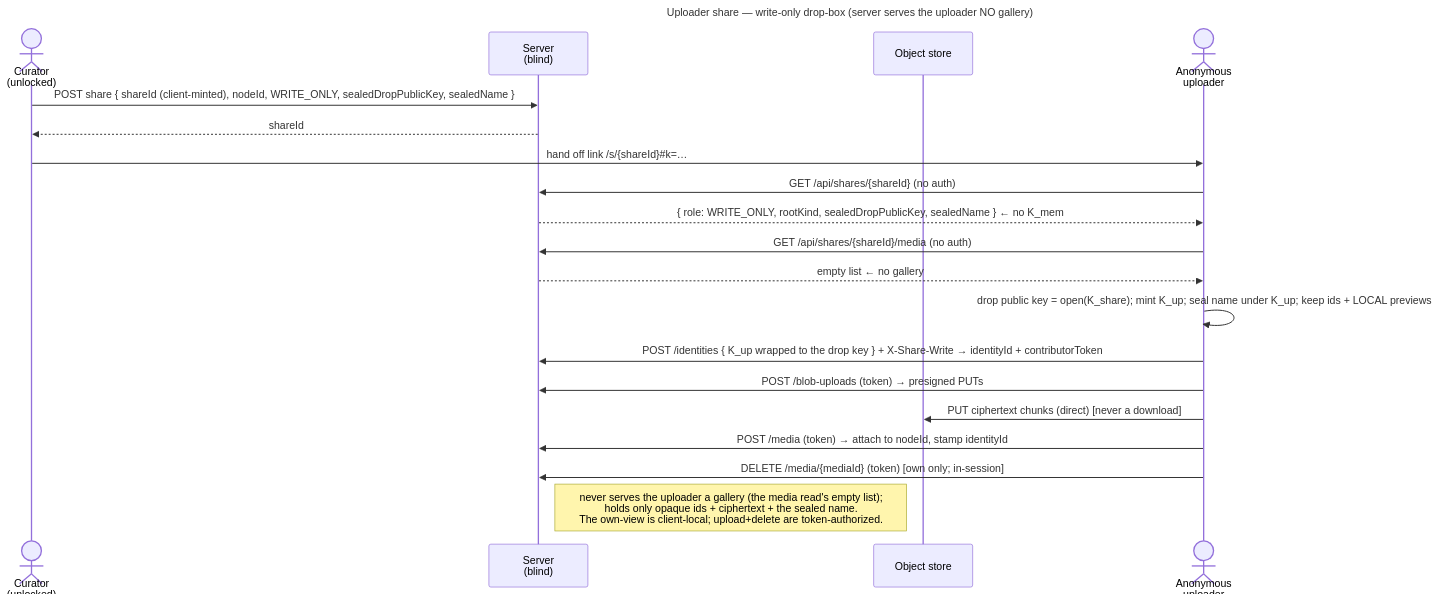
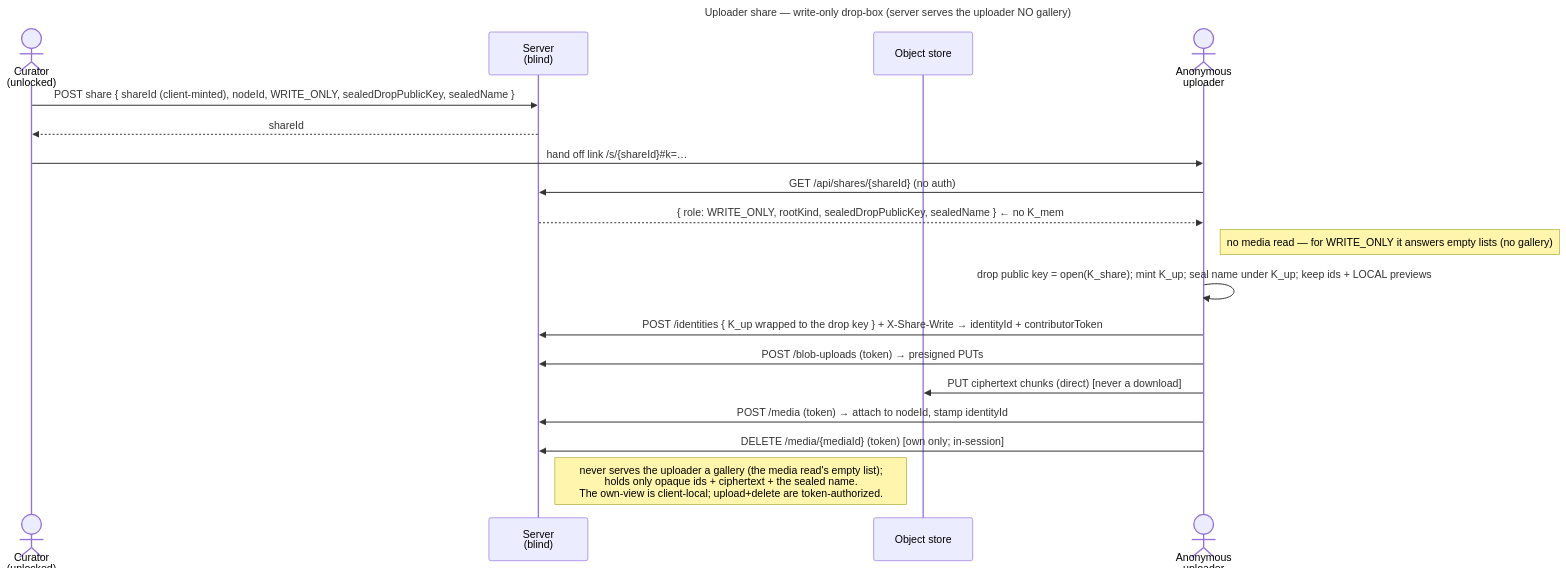
Before and after one commit to raddatzk/veyq: the diagram in docs/features/sharing/use-cases/uc.sharing.share-uploader.md, drawn with Mermaid. The commit also changed other lines of this file and 10 other files, not shown here.

First line of the commit message:
docs: Memories' listShareMedia is the guest media read; slice 6 done

````diff
--- a/docs/features/sharing/use-cases/uc.sharing.share-uploader.md
+++ b/docs/features/sharing/use-cases/uc.sharing.share-uploader.md
@@ -51,24 +51,23 @@
 ```mermaid
 ---
 title: Uploader share — write-only drop-box (server serves the uploader NO gallery)
 ---
 sequenceDiagram
   actor C as Curator<br>(unlocked)
   participant S as Server<br>(blind)
   participant O as Object store
   actor V as Anonymous<br>uploader
   C->>S: POST share { shareId (client-minted), nodeId, WRITE_ONLY, sealedDropPublicKey, sealedName }
   S-->>C: shareId
   C->>V: hand off link /s/{shareId}#35;k=…
   V->>S: GET /api/shares/{shareId}   (no auth)
   S-->>V: { role: WRITE_ONLY, rootKind, sealedDropPublicKey, sealedName }   ← no K_mem
-  V->>S: GET /api/shares/{shareId}/media   (no auth)
-  S-->>V: empty list   ← no gallery
+  Note right of V: no media read — for WRITE_ONLY it answers empty lists (no gallery)
   V->>V: drop public key = open(K_share)#59; mint K_up#59; seal name under K_up#59; keep ids + LOCAL previews
   V->>S: POST /identities { K_up wrapped to the drop key } + X-Share-Write → identityId + contributorToken
   V->>S: POST /blob-uploads (token) → presigned PUTs
   V->>O: PUT ciphertext chunks (direct)   [never a download]
   V->>S: POST /media (token) → attach to nodeId, stamp identityId
   V->>S: DELETE /media/{mediaId} (token)   [own only#59; in-session]
   Note right of S: never serves the uploader a gallery (the media read's empty list)#59;<br>holds only opaque ids + ciphertext + the sealed name.<br>The own-view is client-local#59; upload+delete are token-authorized.
 ```
````
